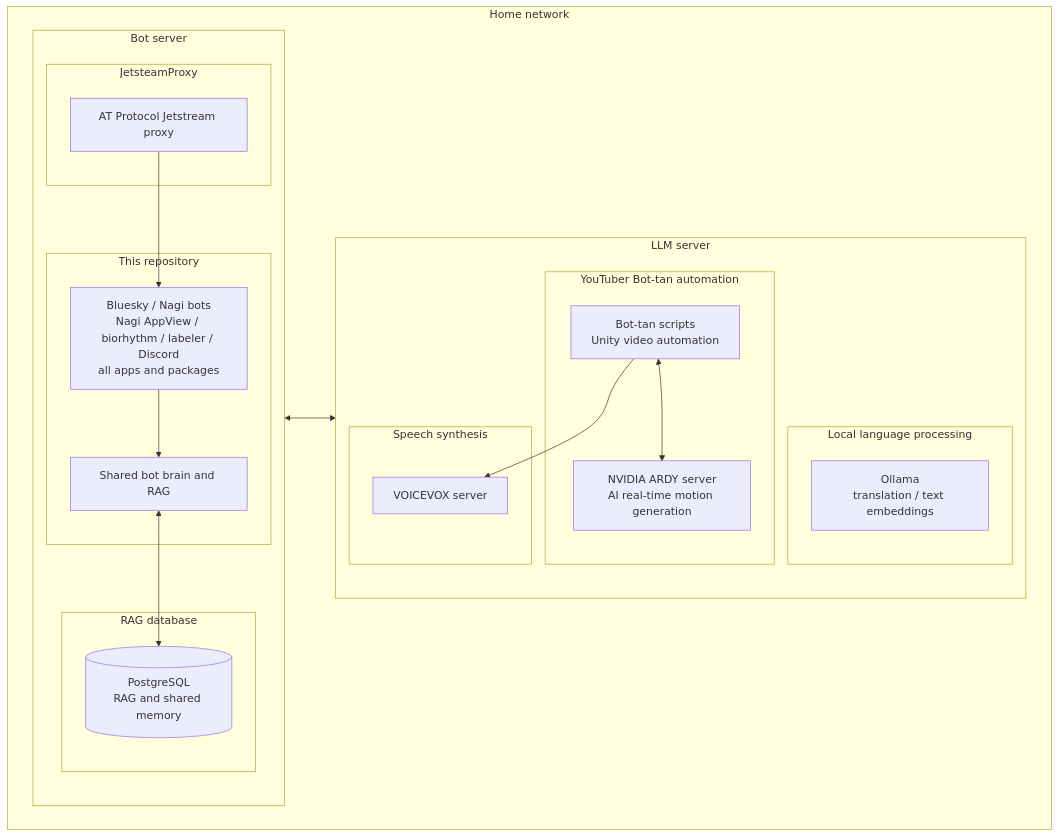
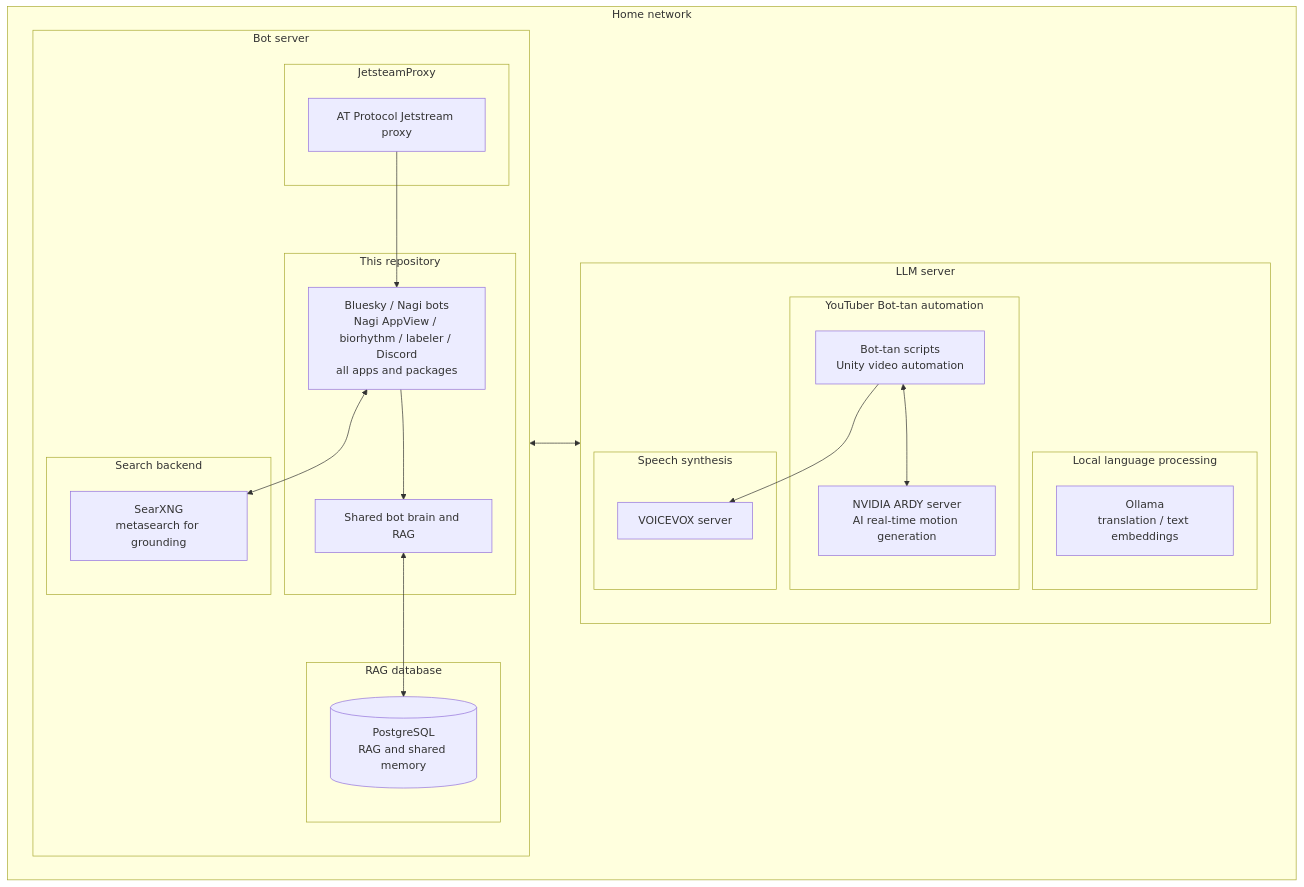
The first of 2 diagrams in README.md (suibari/bot-tan-core), drawn with Mermaid before and after one commit. The commit also changed other lines of this file and 3 other files, not shown here.

````diff
--- a/README.md
+++ b/README.md
@@ -134,47 +155,52 @@
 ```mermaid
 flowchart TB
   subgraph home[Home network]
     direction LR
 
     subgraph botHost[Bot server]
       direction TB
 
       subgraph jetstreamStack[JetsteamProxy]
         jetsteamProxy[AT Protocol Jetstream proxy]
       end
 
       subgraph repositoryStack[This repository]
         repoApps["Bluesky / Nagi bots<br/>Nagi AppView / biorhythm / labeler / Discord<br/>all apps and packages"]
         brain[Shared bot brain and RAG]
       end
 
       subgraph databaseStack[RAG database]
         memory[(PostgreSQL<br/>RAG and shared memory)]
+      end
+
+      subgraph searchStack[Search backend]
+        searxng["SearXNG<br/>metasearch for grounding"]
       end
     end
 
     subgraph llmHost[LLM server]
       direction TB
 
       subgraph ollamaStack[Local language processing]
         ollama["Ollama<br/>translation / text embeddings"]
       end
 
       subgraph youtubeStack[YouTuber Bot-tan automation]
         youtubeScripts["Bot-tan scripts<br/>Unity video automation"]
         ardy["NVIDIA ARDY server<br/>AI real-time motion generation"]
       end
 
       subgraph voiceStack[Speech synthesis]
         voicevox[VOICEVOX server]
       end
     end
   end
 
   jetsteamProxy --> repoApps
   repoApps --> brain
   brain <--> memory
   repoApps <--> ollama
+  repoApps <--> searxng
   youtubeScripts --> voicevox
   youtubeScripts <--> ardy
 ```
````
